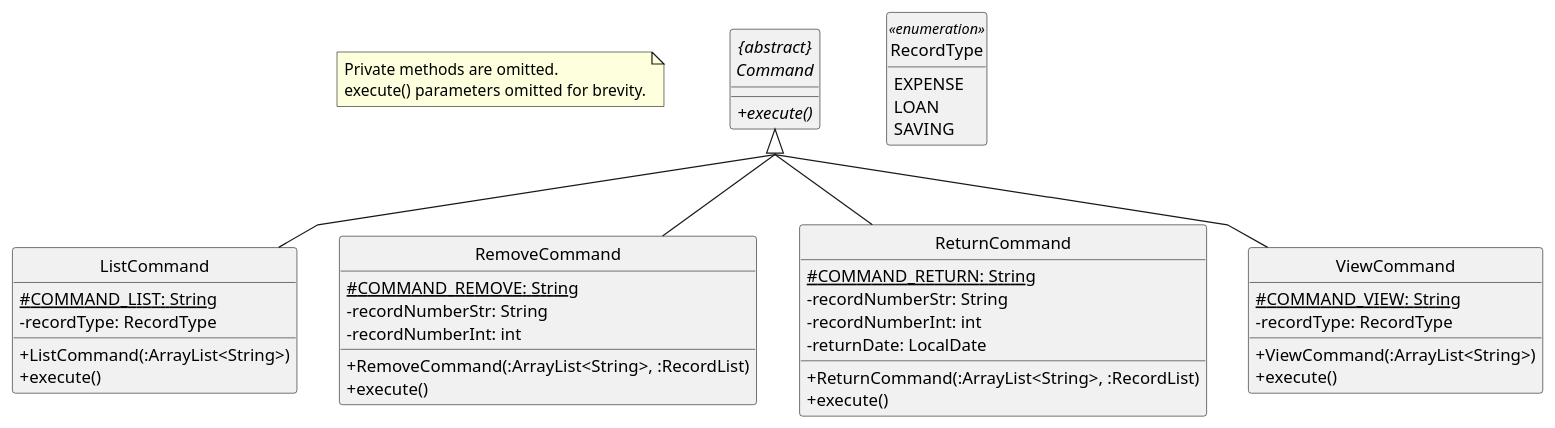
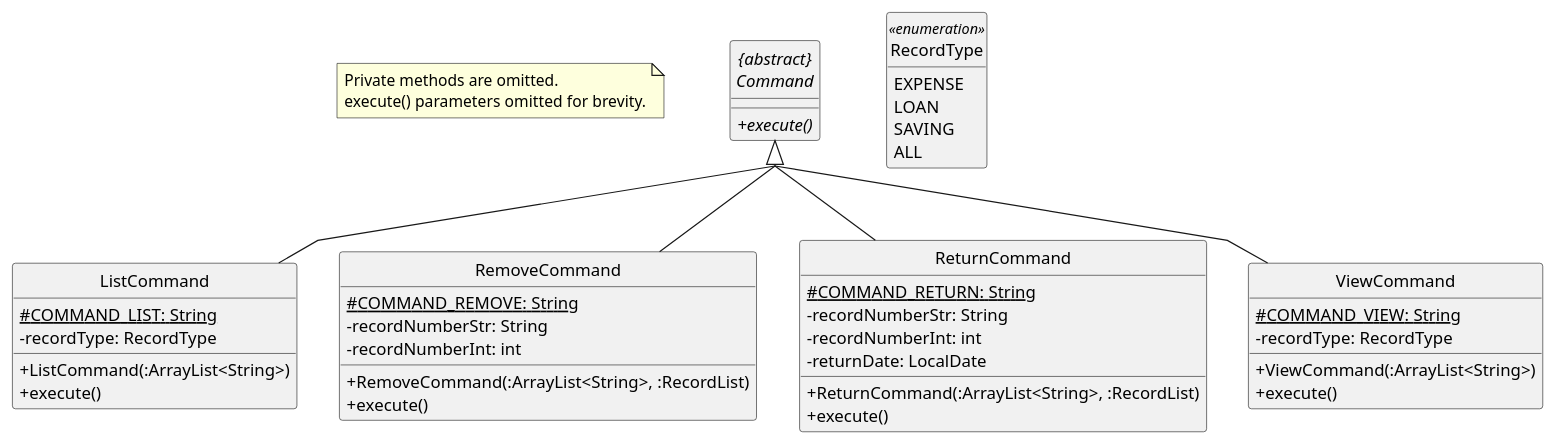
One commit to nus-cs2113-AY2021S2/tp changed the diagram in docs/diagrams/CommandClassDiagram2.puml. Above: the diagram before and after it, drawn with PlantUML. The commit also changed 8 other files, not shown here.

```diff
--- a/docs/diagrams/CommandClassDiagram2.puml
+++ b/docs/diagrams/CommandClassDiagram2.puml
@@ -1,58 +1,59 @@
 @startuml
 skinparam classAttributeIconSize 0
 hide circle
 
 note "Private methods are omitted.\nexecute() parameters omitted for brevity." as N1
 
 abstract class "{abstract}\nCommand" as Command {
     {abstract} +execute()
 }
 
 enum RecordType <<enumeration>> {
     EXPENSE
     LOAN
     SAVING
+    ALL
 }
 
 class ListCommand {
     {static} #COMMAND_LIST: String
     -recordType: RecordType
     +ListCommand(:ArrayList<String>)
     +execute()
 }
 
 class RemoveCommand {
     {static} #COMMAND_REMOVE: String
     -recordNumberStr: String
     -recordNumberInt: int
     +RemoveCommand(:ArrayList<String>, :RecordList)
     +execute()
 }
 
 class ReturnCommand {
     {static} #COMMAND_RETURN: String
     -recordNumberStr: String
     -recordNumberInt: int
     -returnDate: LocalDate
     +ReturnCommand(:ArrayList<String>, :RecordList)
     +execute()
 }
 
 class ViewCommand {
     {static} #COMMAND_VIEW: String
     -recordType: RecordType
     +ViewCommand(:ArrayList<String>)
     +execute()
 }
 
 skinparam linetype polyline
 skinparam groupInheritance 3
 
 Command <|-- ListCommand
 Command <|-- RemoveCommand
 Command <|-- ReturnCommand
 Command <|-- ViewCommand
 
 hide RecordType empty members
 
 @enduml
```
